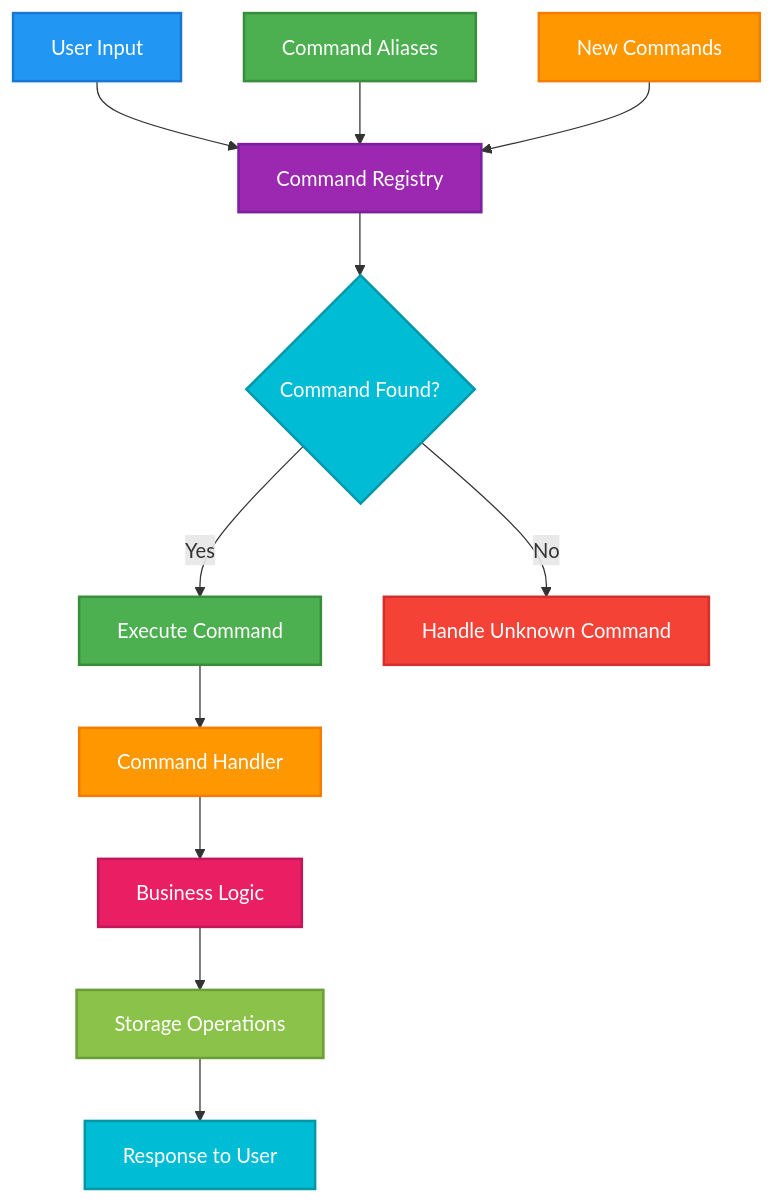
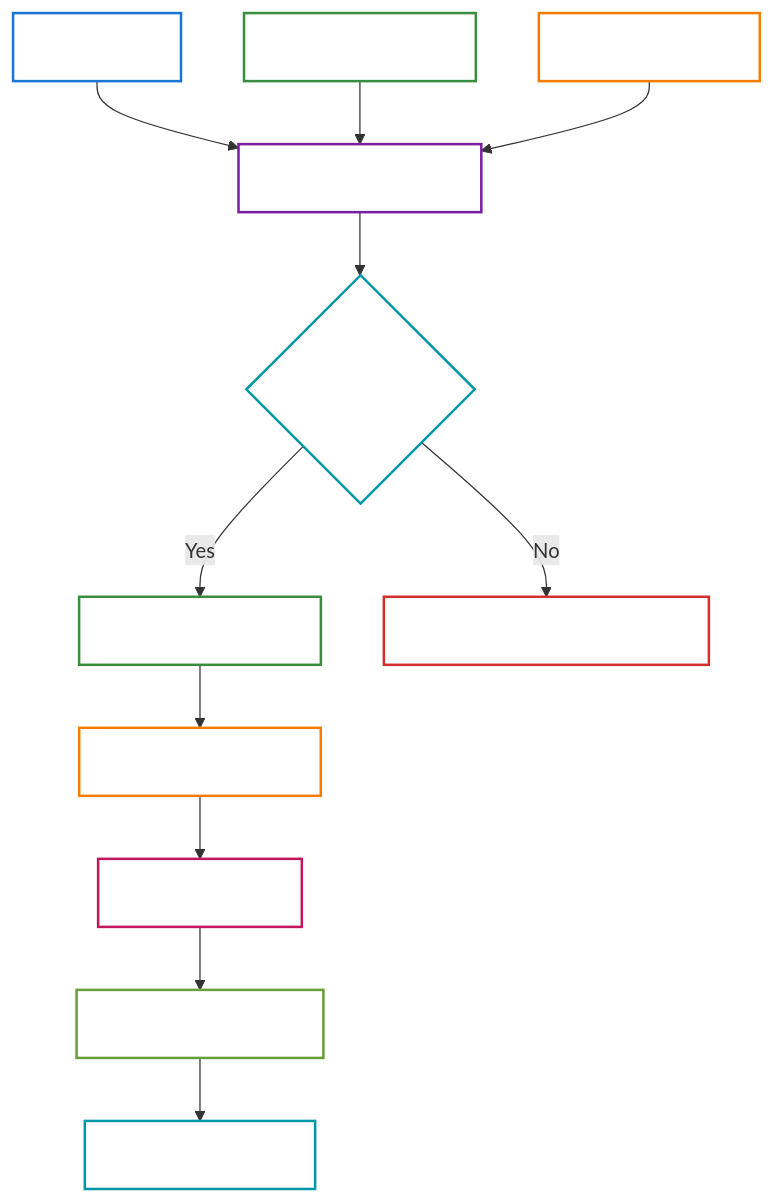
One commit to eannchen/leetsolv changed the third of 8 diagrams in README.md. Above: the diagram before and after it, drawn with Mermaid. The commit also changed other lines of this file, not shown here.

Commit message:
docs: update README.md to adjust flowchart styles by adding fill-opacity for improved visual clarity and consistency across all sections

````diff
--- a/README.md
+++ b/README.md
@@ -151,28 +151,28 @@
 ```mermaid
 graph TD
     A[User Input] --> B[Command Registry]
     B --> C{Command Found?}
 
     C -->|Yes| D[Execute Command]
     C -->|No| E[Handle Unknown Command]
 
     D --> F[Command Handler]
     F --> G[Business Logic]
     G --> H[Storage Operations]
     H --> I[Response to User]
 
     J[Command Aliases] --> B
     K[New Commands] --> B
 
-    style A fill:#2196F3,stroke:#1976D2,stroke-width:2px,color:#ffffff
-    style B fill:#9C27B0,stroke:#7B1FA2,stroke-width:2px,color:#ffffff
-    style C fill:#00BCD4,stroke:#0097A7,stroke-width:2px,color:#ffffff
-    style D fill:#4CAF50,stroke:#388E3C,stroke-width:2px,color:#ffffff
-    style E fill:#F44336,stroke:#D32F2F,stroke-width:2px,color:#ffffff
-    style F fill:#FF9800,stroke:#F57C00,stroke-width:2px,color:#ffffff
-    style G fill:#E91E63,stroke:#C2185B,stroke-width:2px,color:#ffffff
-    style H fill:#8BC34A,stroke:#689F38,stroke-width:2px,color:#ffffff
-    style I fill:#00BCD4,stroke:#0097A7,stroke-width:2px,color:#ffffff
-    style J fill:#4CAF50,stroke:#388E3C,stroke-width:2px,color:#ffffff
-    style K fill:#FF9800,stroke:#F57C00,stroke-width:2px,color:#ffffff
+    style A fill:#2196F3,fill-opacity:0,stroke:#1976D2,stroke-width:2px,color:#ffffff
+    style B fill:#9C27B0,fill-opacity:0,stroke:#7B1FA2,stroke-width:2px,color:#ffffff
+    style C fill:#00BCD4,fill-opacity:0,stroke:#0097A7,stroke-width:2px,color:#ffffff
+    style D fill:#4CAF50,fill-opacity:0,stroke:#388E3C,stroke-width:2px,color:#ffffff
+    style E fill:#F44336,fill-opacity:0,stroke:#D32F2F,stroke-width:2px,color:#ffffff
+    style F fill:#FF9800,fill-opacity:0,stroke:#F57C00,stroke-width:2px,color:#ffffff
+    style G fill:#E91E63,fill-opacity:0,stroke:#C2185B,stroke-width:2px,color:#ffffff
+    style H fill:#8BC34A,fill-opacity:0,stroke:#689F38,stroke-width:2px,color:#ffffff
+    style I fill:#00BCD4,fill-opacity:0,stroke:#0097A7,stroke-width:2px,color:#ffffff
+    style J fill:#4CAF50,fill-opacity:0,stroke:#388E3C,stroke-width:2px,color:#ffffff
+    style K fill:#FF9800,fill-opacity:0,stroke:#F57C00,stroke-width:2px,color:#ffffff
 ```
````
